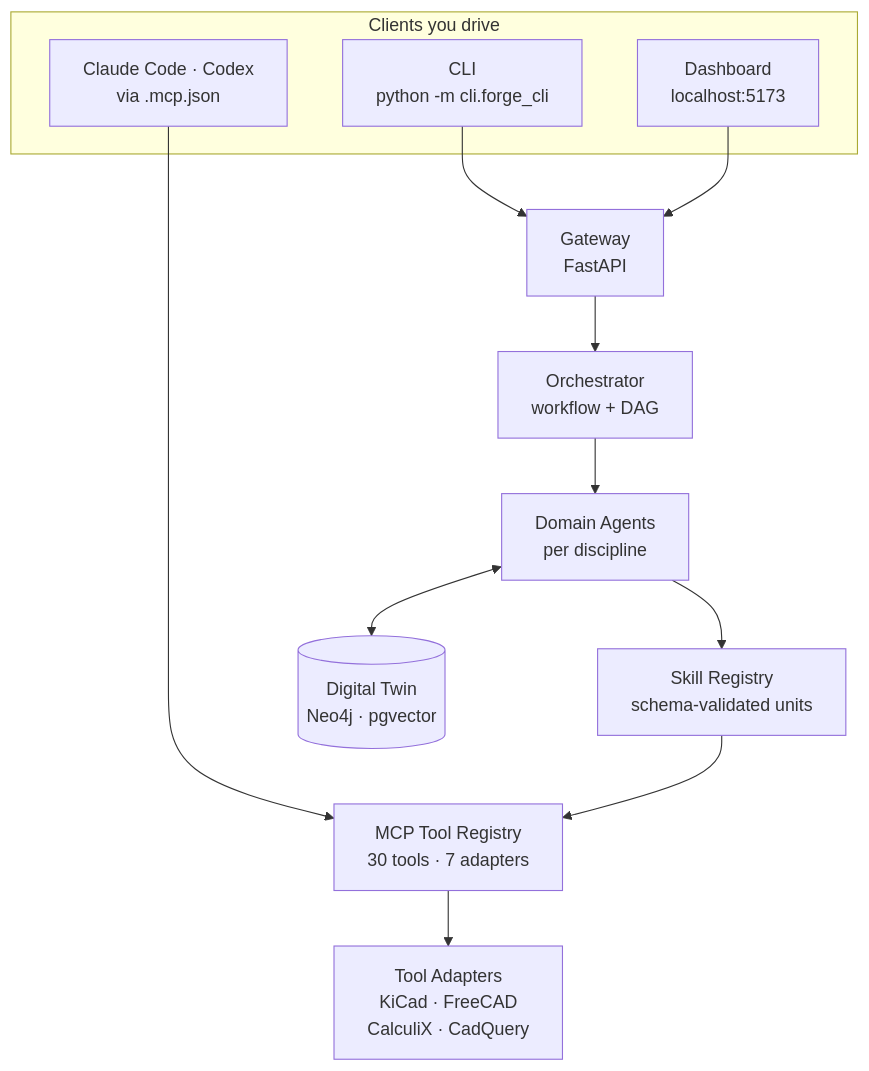
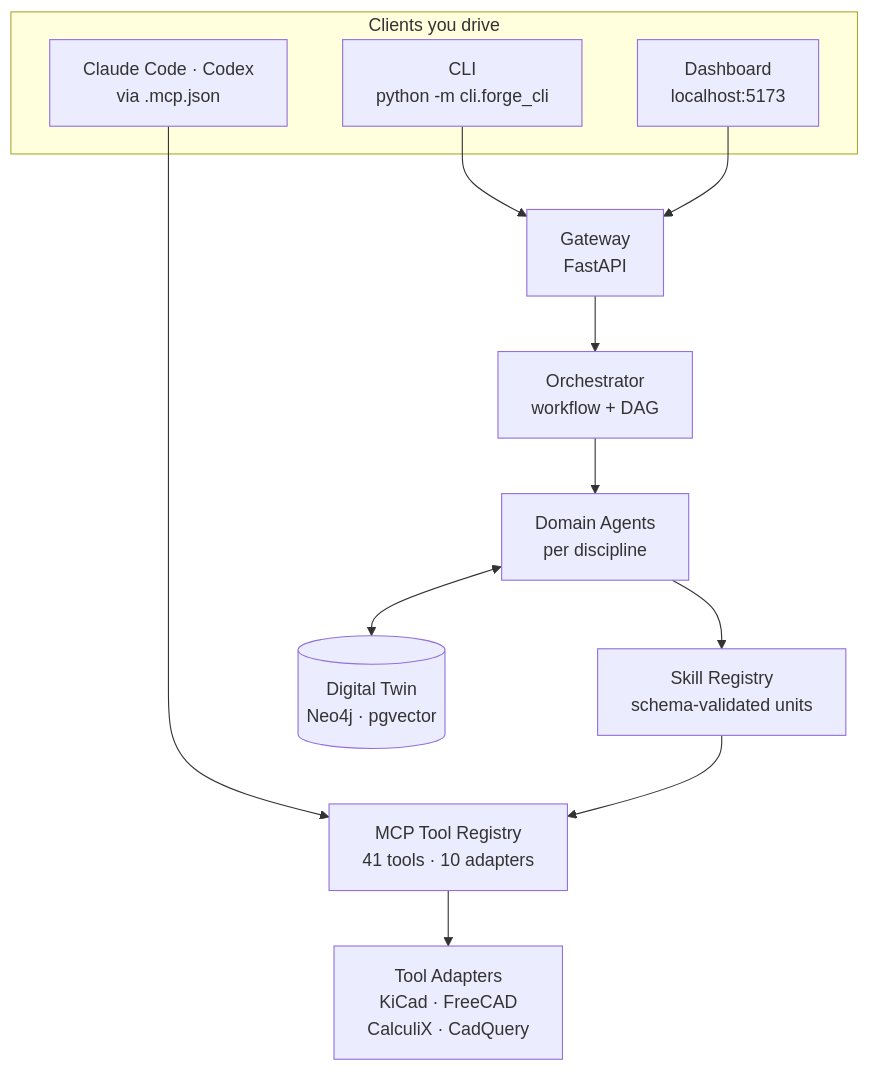
The diagram in docs/index.md (FidelOdok/MetaForge), drawn with Mermaid before and after one commit. The commit also changed other lines of this file and 2 other files, not shown here.

First line of the commit message:
docs: refresh README + docs for session capture and 41-tool inventory (MET-492) (#316)

````diff
--- a/docs/index.md
+++ b/docs/index.md
@@ -12,26 +12,26 @@
 ```mermaid
 flowchart TB
     subgraph clients["Clients you drive"]
         cli["CLI<br/>python -m cli.forge_cli"]
         dash["Dashboard<br/>localhost:5173"]
         cc["Claude Code · Codex<br/>via .mcp.json"]
     end
 
     gw["Gateway<br/>FastAPI"]
     orch["Orchestrator<br/>workflow + DAG"]
     agents["Domain Agents<br/>per discipline"]
     skills["Skill Registry<br/>schema-validated units"]
-    mcp["MCP Tool Registry<br/>30 tools · 7 adapters"]
+    mcp["MCP Tool Registry<br/>41 tools · 10 adapters"]
     tools["Tool Adapters<br/>KiCad · FreeCAD<br/>CalculiX · CadQuery"]
     twin[("Digital Twin<br/>Neo4j · pgvector")]
 
     cli --> gw
     dash --> gw
     cc --> mcp
     gw --> orch
     orch --> agents
     agents --> skills
     skills --> mcp
     mcp --> tools
     agents <--> twin
 ```
````
